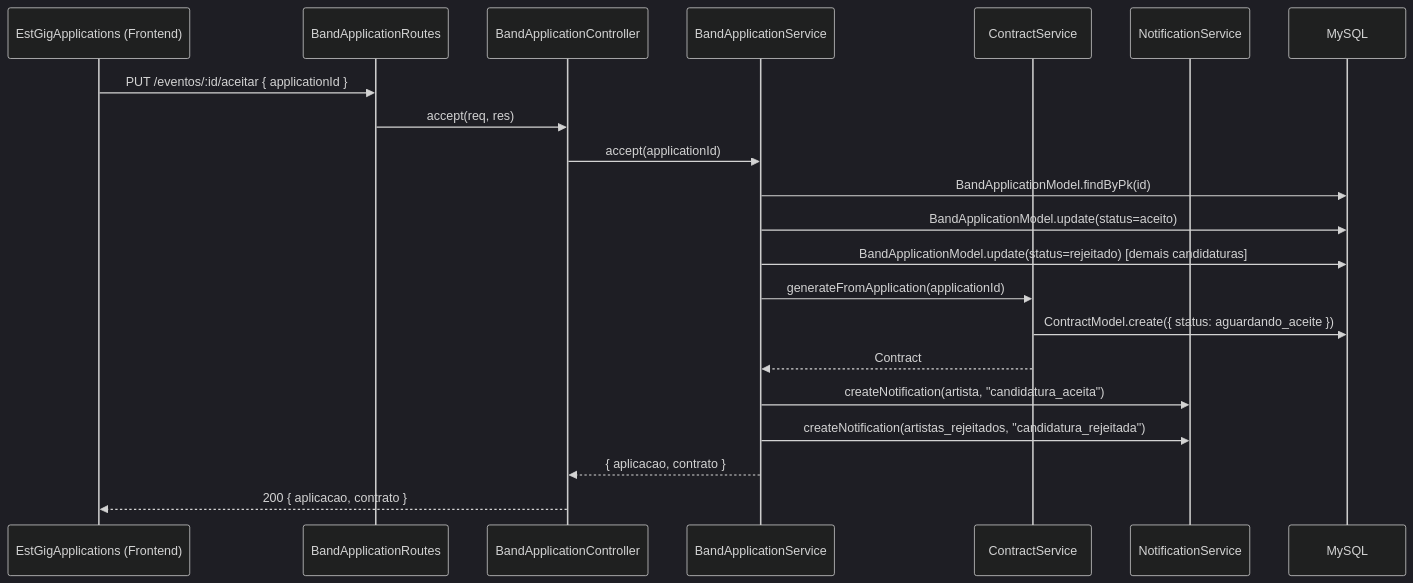
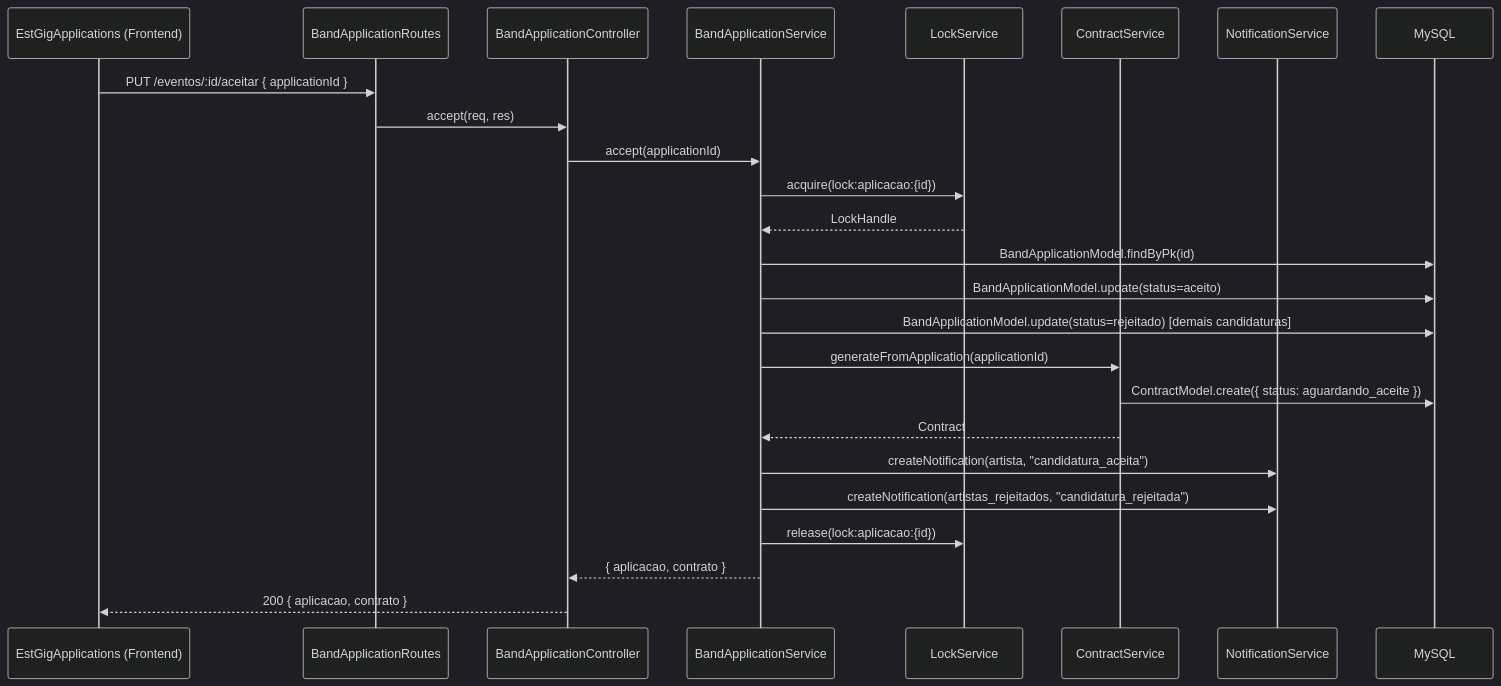
One commit to VistorGiese/Toca-Aqui changed the second of 2 diagrams in backend-TocaAqui/docs/CLASSES.md. Above: the diagram before and after it, drawn with Mermaid (dark theme). The commit also changed other lines of this file and 22 other files, not shown here.

````diff
--- a/backend-TocaAqui/docs/CLASSES.md
+++ b/backend-TocaAqui/docs/CLASSES.md
@@ -90,24 +198,28 @@
 ```mermaid
 sequenceDiagram
     participant C as EstGigApplications (Frontend)
     participant R as BandApplicationRoutes
     participant Ctrl as BandApplicationController
     participant BAS as BandApplicationService
+    participant LS as LockService
     participant CS as ContractService
     participant NS as NotificationService
     participant DB as MySQL
 
     C->>R: PUT /eventos/:id/aceitar { applicationId }
     R->>Ctrl: accept(req, res)
     Ctrl->>BAS: accept(applicationId)
+    BAS->>LS: acquire(lock:aplicacao:{id})
+    LS-->>BAS: LockHandle
     BAS->>DB: BandApplicationModel.findByPk(id)
     BAS->>DB: BandApplicationModel.update(status=aceito)
     BAS->>DB: BandApplicationModel.update(status=rejeitado) [demais candidaturas]
     BAS->>CS: generateFromApplication(applicationId)
     CS->>DB: ContractModel.create({ status: aguardando_aceite })
     CS-->>BAS: Contract
     BAS->>NS: createNotification(artista, "candidatura_aceita")
     BAS->>NS: createNotification(artistas_rejeitados, "candidatura_rejeitada")
+    BAS->>LS: release(lock:aplicacao:{id})
     BAS-->>Ctrl: { aplicacao, contrato }
     Ctrl-->>C: 200 { aplicacao, contrato }
 ```
````
